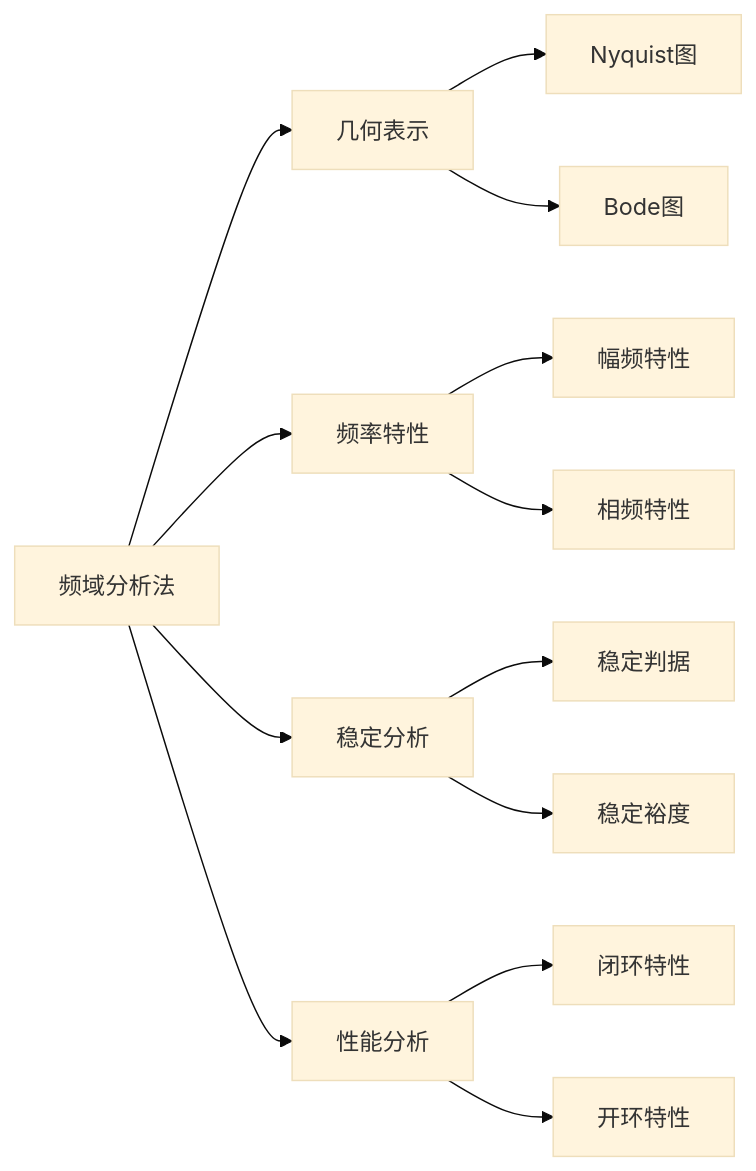
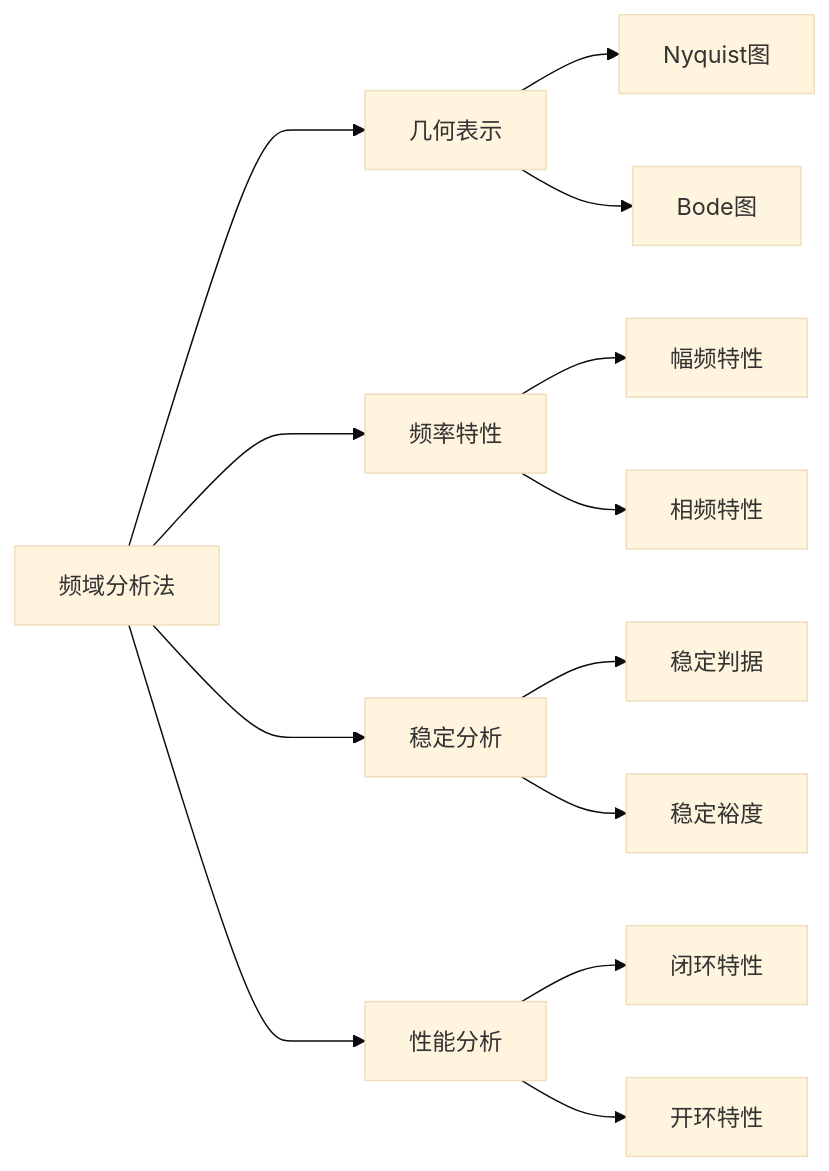
One commit to UNLINEARITY/Learn-Everything changed the diagram in src/site/notes/频域分析法.md. Above: the diagram before and after it, drawn with Mermaid (base theme). The commit also changed other lines of this file, not shown here.

Commit message:
Update content src/site/notes/频域分析法.md

````diff
--- a/src/site/notes/频域分析法.md
+++ b/src/site/notes/频域分析法.md
@@ -9,8 +20,8 @@
 ```mermaid
 graph LR
-频域分析法-->几何表示 & 频率特性 & 稳定分析 & 性能分析
+频域分析法--->几何表示 & 频率特性 & 稳定分析 & 性能分析
 频率特性--> 幅频特性 & 相频特性
 几何表示--> Nyquist图 & Bode图
 稳定分析--> 稳定判据 & 稳定裕度
 性能分析--> 闭环特性 & 开环特性
 ```
````
